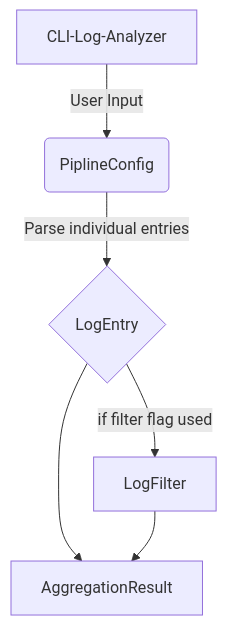
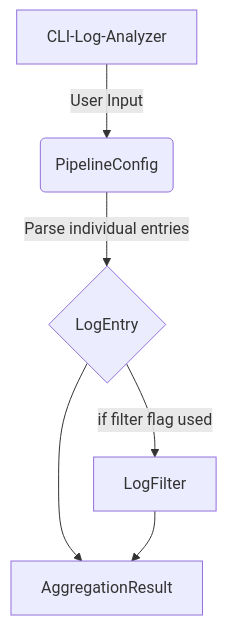
One commit to DaveMoran/CLI-Log-Analyzer changed the diagram in docs/data-model.md. Above: the diagram before and after it, drawn with Mermaid.

Commit message:
chore: spelling

````diff
--- a/docs/data-model.md
+++ b/docs/data-model.md
@@ -46,8 +46,8 @@
 ```mermaid
 flowchart TD
-    A[CLI-Log-Analyzer] -->|User Input| B(PiplineConfig)
+    A[CLI-Log-Analyzer] -->|User Input| B(PipelineConfig)
     B --> |Parse individual entries| C{LogEntry}
     C --> |if filter flag used| D[LogFilter]
     C --> E[AggregationResult]
     D --> E
 ```
````
